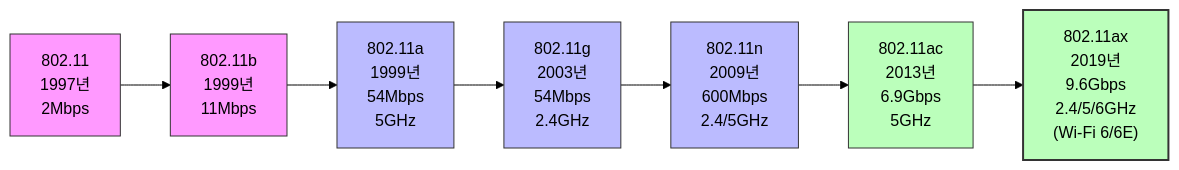
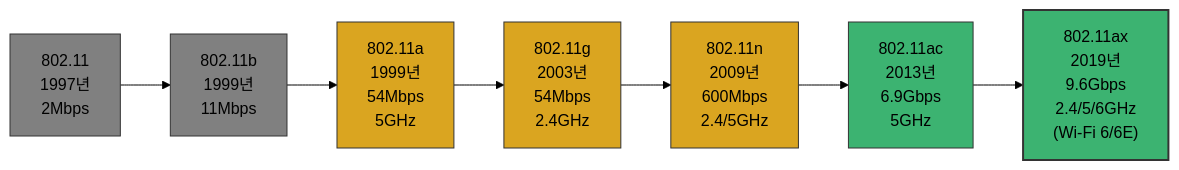
Before and after one commit to KalGookSoo/network-basic: the third of 8 diagrams in chapters/07-3_wireless_network.md, drawn with Mermaid (forest theme). The commit also changed other lines of this file and 3 other files, not shown here.

Commit message:
docs: 표 시각 개선 - 다이어그램 색상 일관성 및 가독성 향상

````diff
--- a/chapters/07-3_wireless_network.md
+++ b/chapters/07-3_wireless_network.md
@@ -87,12 +87,12 @@
 ```mermaid
 graph LR
     A["802.11<br>1997년<br>2Mbps"] --> B["802.11b<br>1999년<br>11Mbps"] --> C["802.11a<br>1999년<br>54Mbps<br>5GHz"] --> D["802.11g<br>2003년<br>54Mbps<br>2.4GHz"] --> E["802.11n<br>2009년<br>600Mbps<br>2.4/5GHz"] --> F["802.11ac<br>2013년<br>6.9Gbps<br>5GHz"] --> G["802.11ax<br>2019년<br>9.6Gbps<br>2.4/5/6GHz<br>(Wi-Fi 6/6E)"]
 
-    style A fill:#f9f, stroke:#333, stroke-width:1px, color:#000
-    style B fill:#f9f, stroke:#333, stroke-width:1px, color:#000
-    style C fill:#bbf, stroke:#333, stroke-width:1px, color:#000
-    style D fill:#bbf, stroke:#333, stroke-width:1px, color:#000
-    style E fill:#bbf, stroke:#333, stroke-width:1px, color:#000
-    style F fill:#bfb, stroke:#333, stroke-width:1px, color:#000
-    style G fill:#bfb, stroke:#333, stroke-width:2px, color:#000
+    style A fill:#808080, stroke:#333, stroke-width:1px, color:#000
+    style B fill:#808080, stroke:#333, stroke-width:1px, color:#000
+    style C fill:#daa520, stroke:#333, stroke-width:1px, color:#000
+    style D fill:#daa520, stroke:#333, stroke-width:1px, color:#000
+    style E fill:#daa520, stroke:#333, stroke-width:1px, color:#000
+    style F fill:#3cb371, stroke:#333, stroke-width:1px, color:#000
+    style G fill:#3cb371, stroke:#333, stroke-width:2px, color:#000
 ```
````
